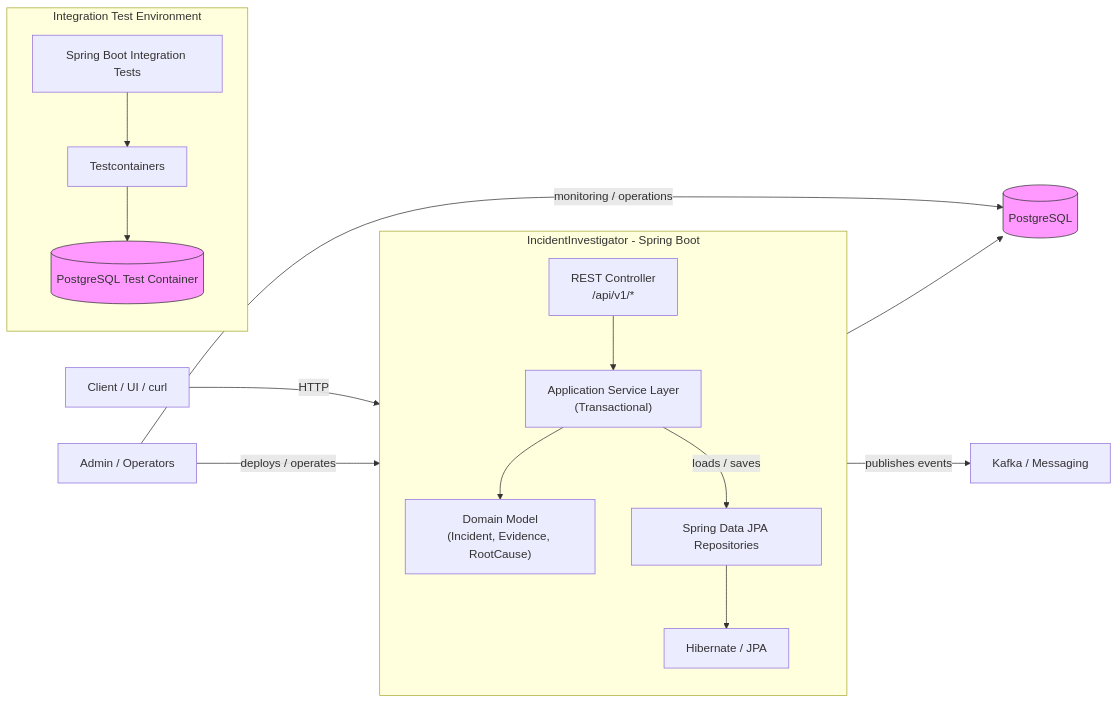
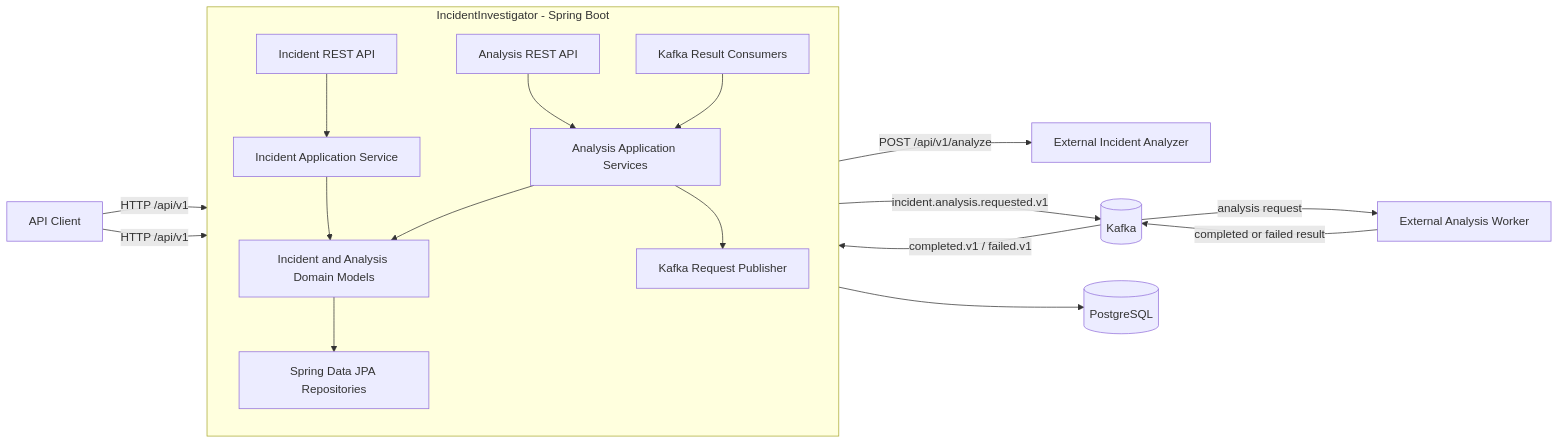
The first of 2 diagrams in README.md (CemHarput/IncidentInvestigator), drawn with Mermaid before and after one commit. The commit also changed other lines of this file, not shown here.

````diff
--- a/README.md
+++ b/README.md
@@ -215,44 +12,37 @@
 ```mermaid
-graph LR
-    Client["Client / UI / curl"]
-    Admin["Admin / Operators"]
-    Kafka["Kafka / Messaging"]
-    Postgres[("PostgreSQL")]
+flowchart LR
+    Client[API Client]
+    Analyzer[External Incident Analyzer]
+    Worker[External Analysis Worker]
+    Kafka[(Kafka)]
+    PostgreSQL[(PostgreSQL)]
 
-    subgraph App["IncidentInvestigator - Spring Boot"]
+    subgraph Application[IncidentInvestigator - Spring Boot]
         direction TB
+        IncidentAPI[Incident REST API]
+        AnalysisAPI[Analysis REST API]
+        IncidentService[Incident Application Service]
+        AnalysisService[Analysis Application Services]
+        Domain[Incident and Analysis Domain Models]
+        Repositories[Spring Data JPA Repositories]
+        Publisher[Kafka Request Publisher]
+        Consumer[Kafka Result Consumers]
 
-        Controller["REST Controller<br/>/api/v1/*"]
-        Service["Application Service Layer<br/>(Transactional)"]
-        Domain["Domain Model<br/>(Incident, Evidence, RootCause)"]
-        Repo["Spring Data JPA Repositories"]
-        ORM["Hibernate / JPA"]
-
-        Controller --> Service
-        Service --> Domain
-        Service -->|loads / saves| Repo
-        Repo --> ORM
+        IncidentAPI --> IncidentService
+        AnalysisAPI --> AnalysisService
+        IncidentService --> Domain
+        AnalysisService --> Domain
+        Domain --> Repositories
+        AnalysisService --> Publisher
+        Consumer --> AnalysisService
     end
 
-    subgraph TestEnv["Integration Test Environment"]
-        direction TB
-
-        Tests["Spring Boot Integration Tests"]
-        Testcontainers["Testcontainers"]
-        TestPostgres[("PostgreSQL Test Container")]
-
-        Tests --> Testcontainers
-        Testcontainers --> TestPostgres
-    end
-
-    Client -->|HTTP| Controller
-    ORM --> Postgres
-
-    Service -->|publishes events| Kafka
-
-    Admin -->|deploys / operates| App
-    Admin -->|monitoring / operations| Postgres
-
-    classDef database fill:#f9f,stroke:#333,stroke-width:1px
-    class Postgres,TestPostgres database
+    Client -->|HTTP /api/v1| IncidentAPI
+    Client -->|HTTP /api/v1| AnalysisAPI
+    AnalysisService -->|POST /api/v1/analyze| Analyzer
+    Publisher -->|incident.analysis.requested.v1| Kafka
+    Kafka -->|analysis request| Worker
+    Worker -->|completed or failed result| Kafka
+    Kafka -->|completed.v1 / failed.v1| Consumer
+    Repositories --> PostgreSQL
 ```
````
